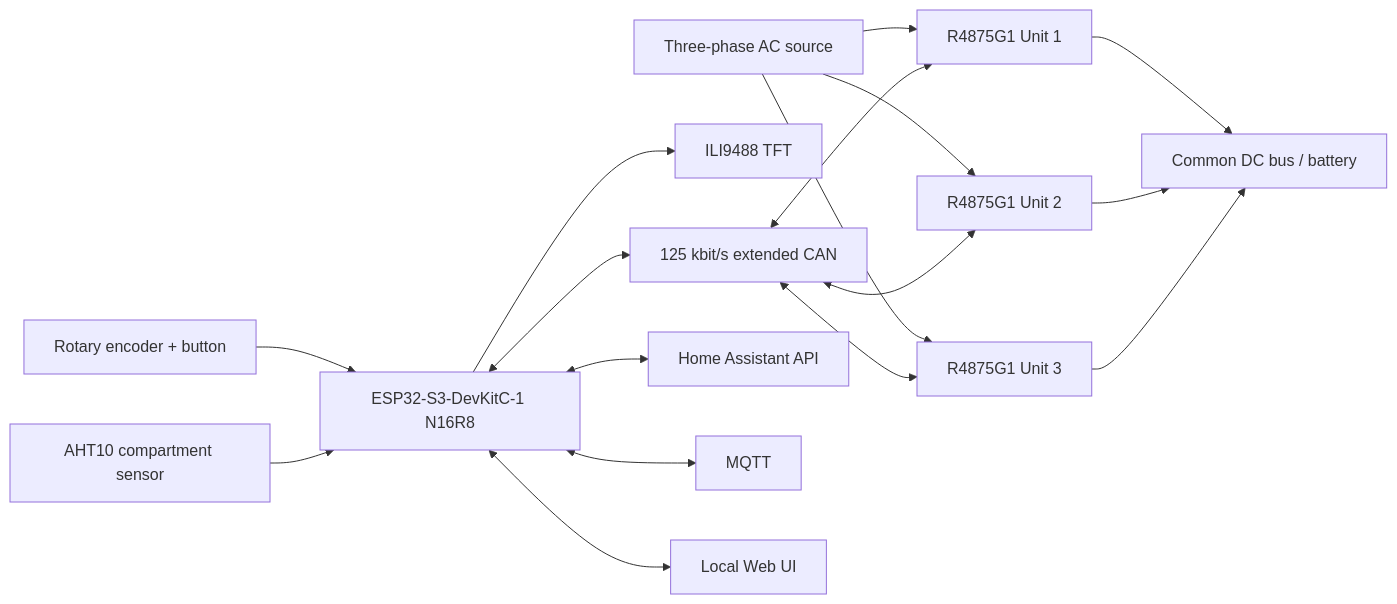
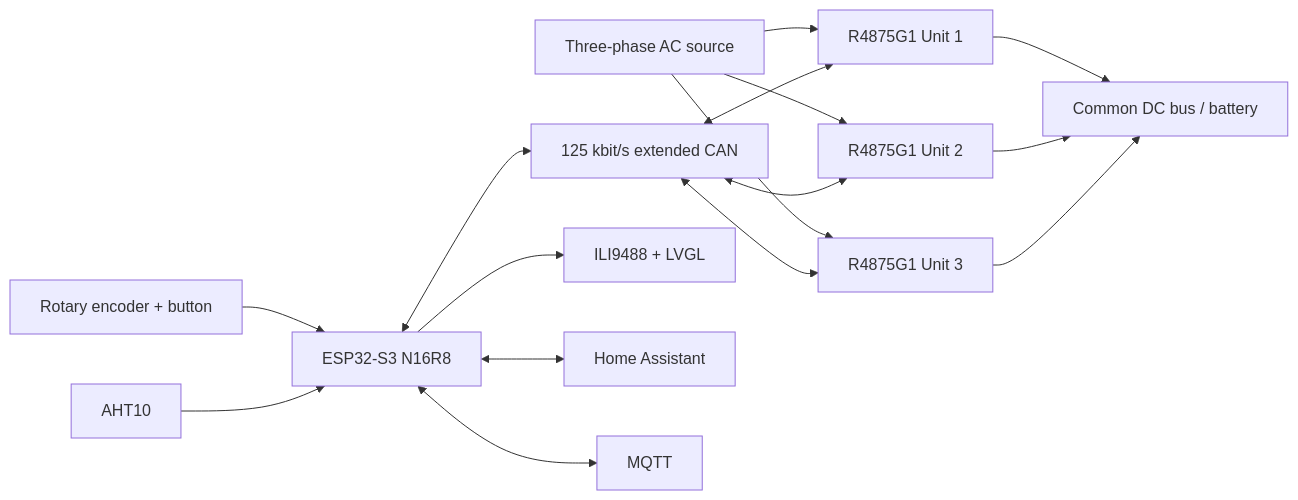
The first of 4 diagrams in R4875G1_CONTROL_FLOWS.md (anwa/esphome-r4875g1-3phase-charger), drawn with Mermaid before and after one commit. The commit also changed other lines of this file, not shown here.

Commit message:
Synchronize control flow documentation with v4.0.0

````diff
--- a/R4875G1_CONTROL_FLOWS.md
+++ b/R4875G1_CONTROL_FLOWS.md
@@ -44,23 +32,18 @@
 ```mermaid
 flowchart LR
     AC[Three-phase AC source] --> U1[R4875G1 Unit 1]
     AC --> U2[R4875G1 Unit 2]
     AC --> U3[R4875G1 Unit 3]
-
     U1 --> DCBUS[Common DC bus / battery]
     U2 --> DCBUS
     U3 --> DCBUS
-
-    ENC[Rotary encoder + button] --> ESP[ESP32-S3-DevKitC-1 N16R8]
-    AHT[AHT10 compartment sensor] --> ESP
-    ESP --> TFT[ILI9488 TFT]
-
-    ESP <--> CAN[125 kbit/s extended CAN]
+    ESP[ESP32-S3 N16R8] <--> CAN[125 kbit/s extended CAN]
     CAN <--> U1
     CAN <--> U2
     CAN <--> U3
-
-    ESP <--> HA[Home Assistant API]
+    ENC[Rotary encoder + button] --> ESP
+    AHT[AHT10] --> ESP
+    ESP --> TFT[ILI9488 + LVGL]
+    ESP <--> HA[Home Assistant]
     ESP <--> MQTT[MQTT]
-    ESP <--> WEB[Local Web UI]
 ```
````
